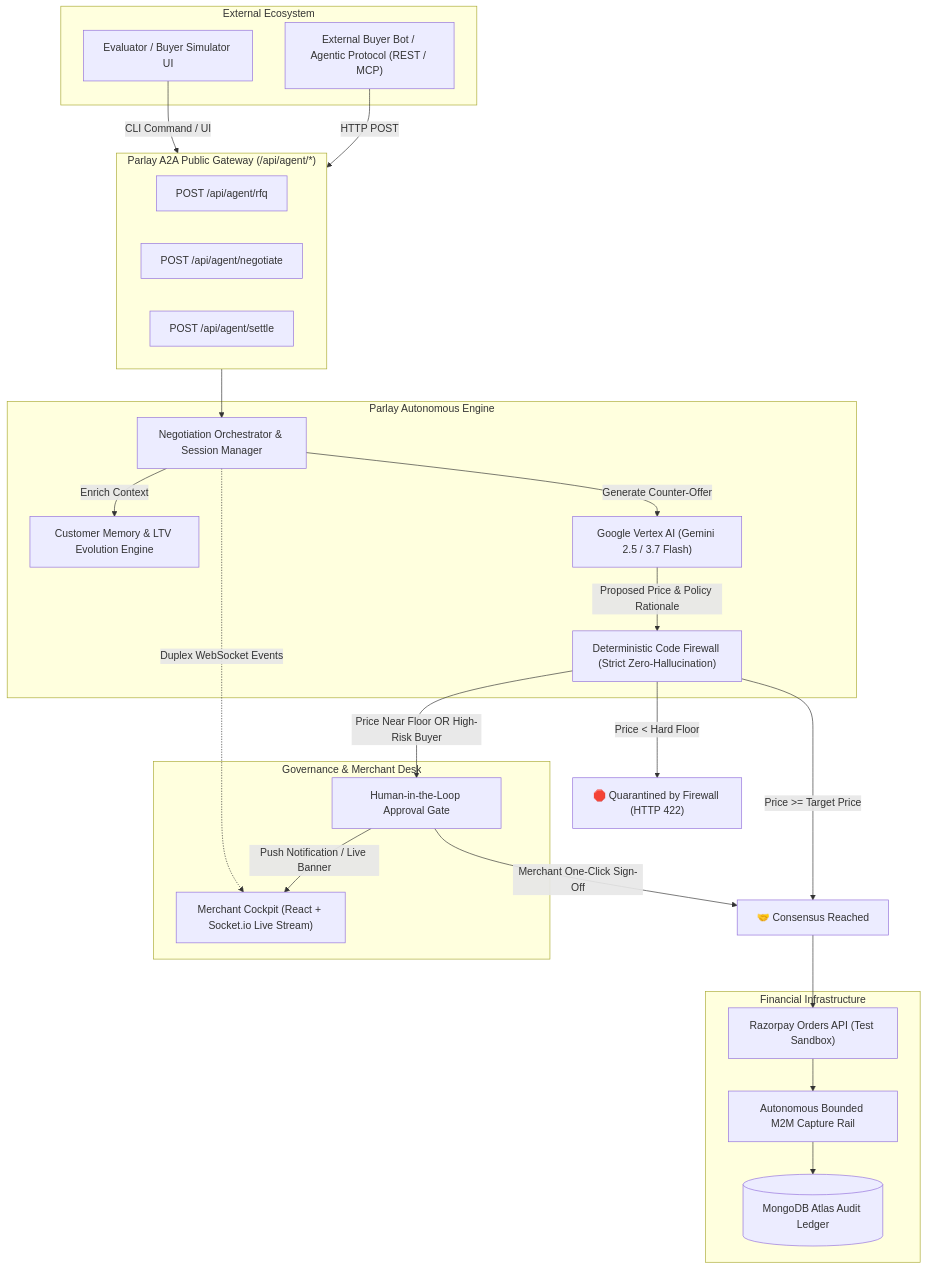
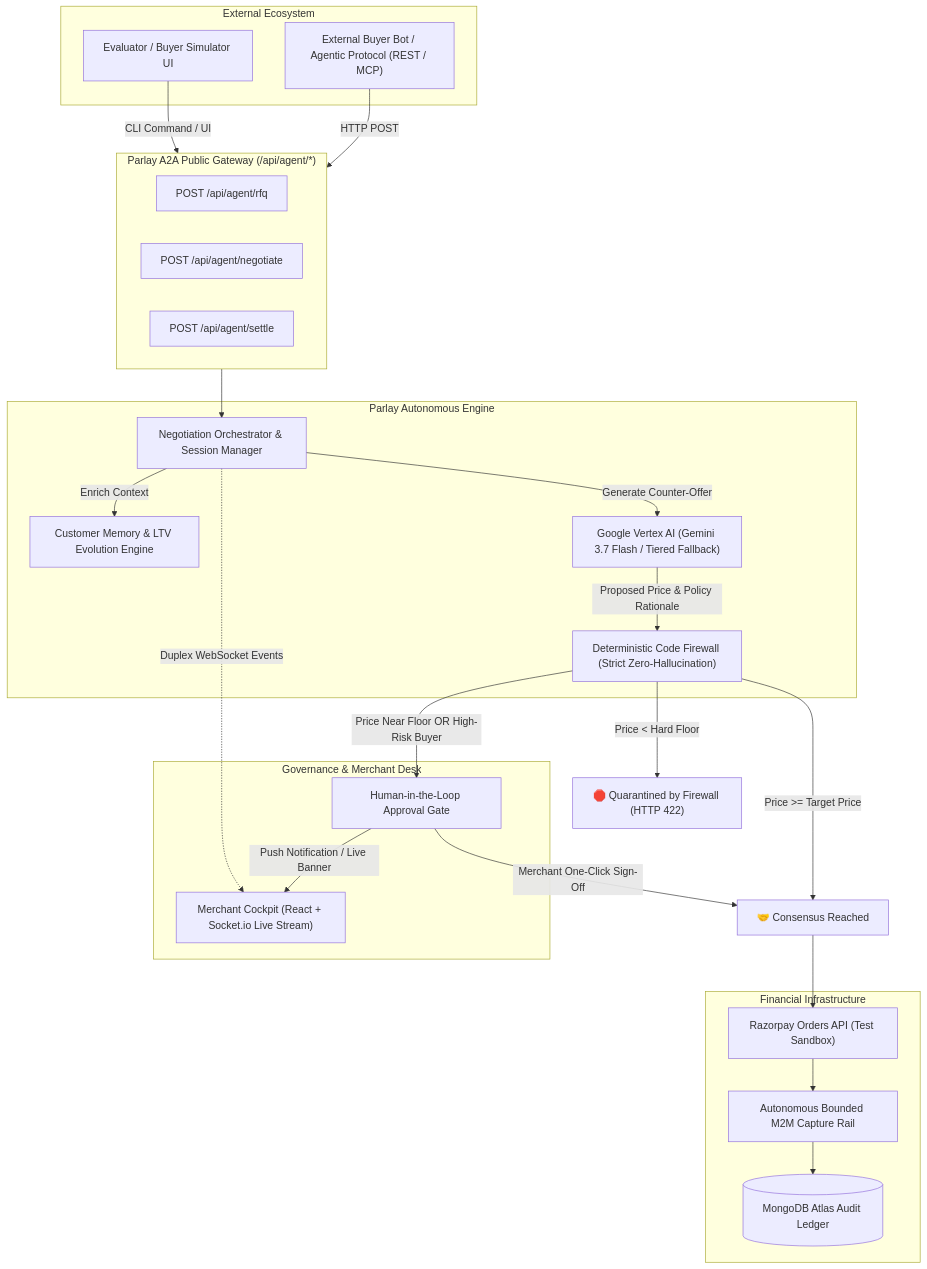
Before and after one commit to AmeyaSingh23/Parlay: the first of 2 diagrams in README.md, drawn with Mermaid. The commit also changed other lines of this file, not shown here.

````diff
--- a/README.md
+++ b/README.md
@@ -59,51 +66,51 @@
 ```mermaid
 graph TD
     subgraph External["External Ecosystem"]
         BuyerAgent["External Buyer Bot / Agentic Protocol (REST / MCP)"]
         JudgeUser["Evaluator / Buyer Simulator UI"]
     end
 
     subgraph Gateway["Parlay A2A Public Gateway (/api/agent/*)"]
         RFQ["POST /api/agent/rfq"]
         NEG["POST /api/agent/negotiate"]
         SETTLE["POST /api/agent/settle"]
     end
 
     subgraph Core["Parlay Autonomous Engine"]
         Orchestrator["Negotiation Orchestrator & Session Manager"]
         Memory["Customer Memory & LTV Evolution Engine"]
-        LLM["Google Vertex AI (Gemini 2.5 / 3.7 Flash)"]
+        LLM["Google Vertex AI (Gemini 3.7 Flash / Tiered Fallback)"]
         Firewall["Deterministic Code Firewall (Strict Zero-Hallucination)"]
     end
 
     subgraph Governance["Governance & Merchant Desk"]
         HITL["Human-in-the-Loop Approval Gate"]
         Dashboard["Merchant Cockpit (React + Socket.io Live Stream)"]
     end
 
     subgraph Settlement["Financial Infrastructure"]
         RazorpayOrder["Razorpay Orders API (Test Sandbox)"]
         RazorpayM2M["Autonomous Bounded M2M Capture Rail"]
         MongoDB[("MongoDB Atlas Audit Ledger")]
     end
 
     BuyerAgent -->|HTTP POST| Gateway
     JudgeUser -->|CLI Command / UI| Gateway
     Gateway --> Orchestrator
 
     Orchestrator -->|Enrich Context| Memory
     Orchestrator -->|Generate Counter-Offer| LLM
     LLM -->|Proposed Price & Policy Rationale| Firewall
 
     Firewall -->|Price < Hard Floor| Blocked["🛑 Quarantined by Firewall (HTTP 422)"]
     Firewall -->|Price Near Floor OR High-Risk Buyer| HITL
     Firewall -->|Price >= Target Price| Approved["🤝 Consensus Reached"]
 
     HITL -->|Merchant One-Click Sign-Off| Approved
     HITL -->|Push Notification / Live Banner| Dashboard
 
     Approved --> RazorpayOrder
     RazorpayOrder --> RazorpayM2M
     RazorpayM2M --> MongoDB
     Orchestrator -.->|Duplex WebSocket Events| Dashboard
 ```
````
